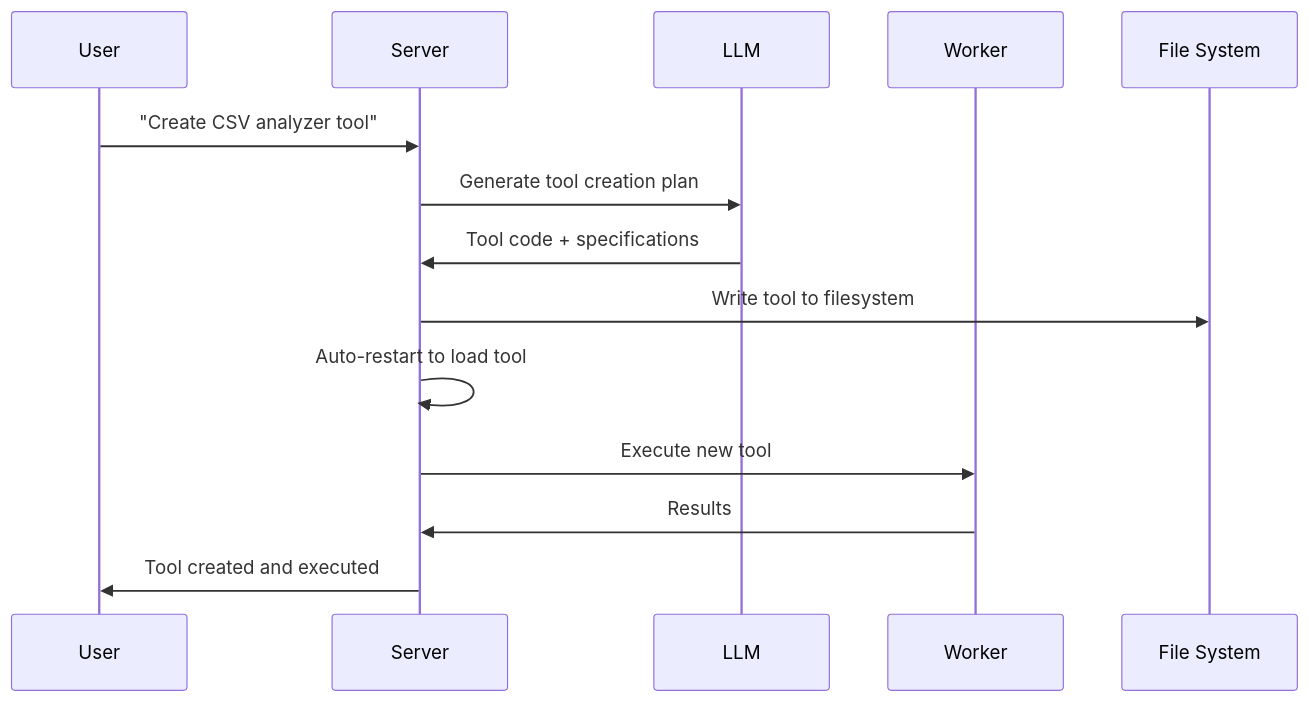
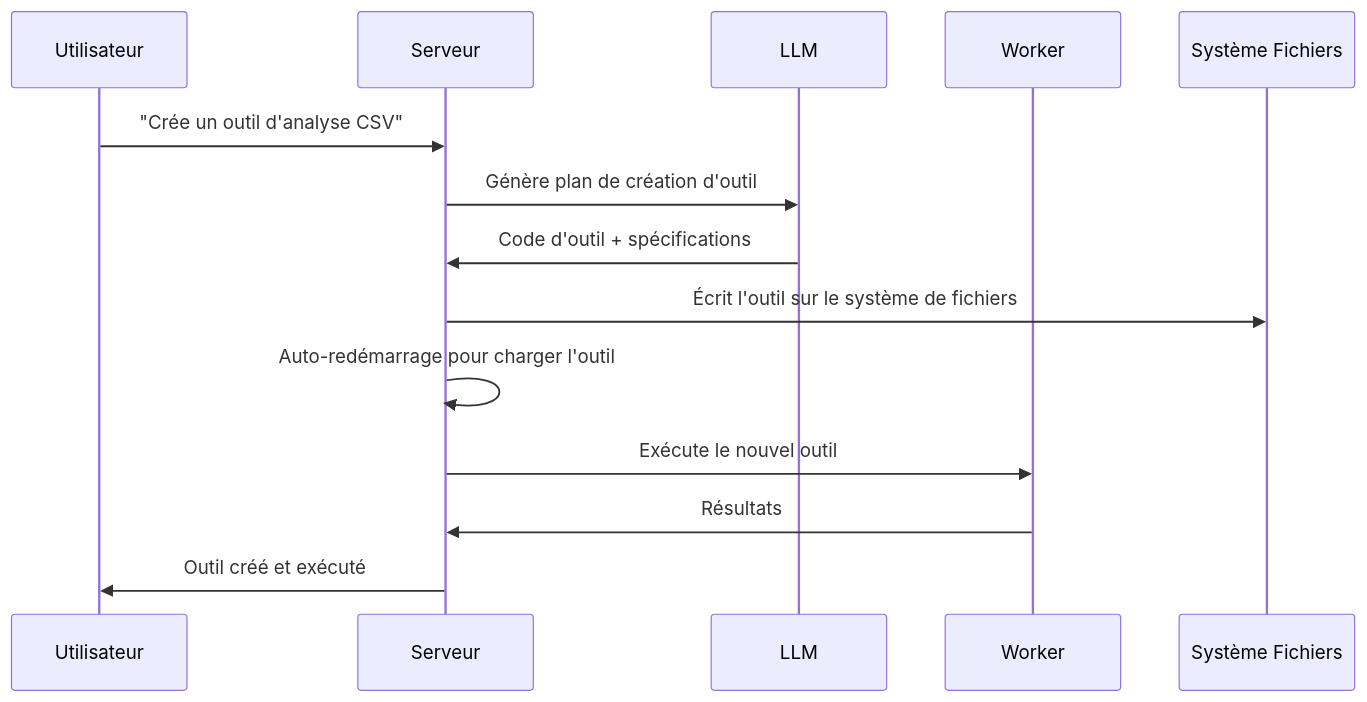
One commit to Jboner-Corvus/AgenticForge changed the diagram in Readme.md. Above: the diagram before and after it, drawn with Mermaid. The commit also changed other lines of this file, not shown here.

````diff
--- a/Readme.md
+++ b/Readme.md
@@ -353,17 +349,17 @@
 ```mermaid
 sequenceDiagram
-    participant U as User
-    participant S as Server
+    participant U as Utilisateur
+    participant S as Serveur
     participant L as LLM
     participant W as Worker
-    participant F as File System
+    participant F as Système Fichiers
 
-    U->>S: "Create CSV analyzer tool"
-    S->>L: Generate tool creation plan
-    L->>S: Tool code + specifications
-    S->>F: Write tool to filesystem
-    S->>S: Auto-restart to load tool
-    S->>W: Execute new tool
-    W->>S: Results
-    S->>U: Tool created and executed
+    U->>S: "Crée un outil d'analyse CSV"
+    S->>L: Génère plan de création d'outil
+    L->>S: Code d'outil + spécifications
+    S->>F: Écrit l'outil sur le système de fichiers
+    S->>S: Auto-redémarrage pour charger l'outil
+    S->>W: Exécute le nouvel outil
+    W->>S: Résultats
+    S->>U: Outil créé et exécuté
 ```
````
